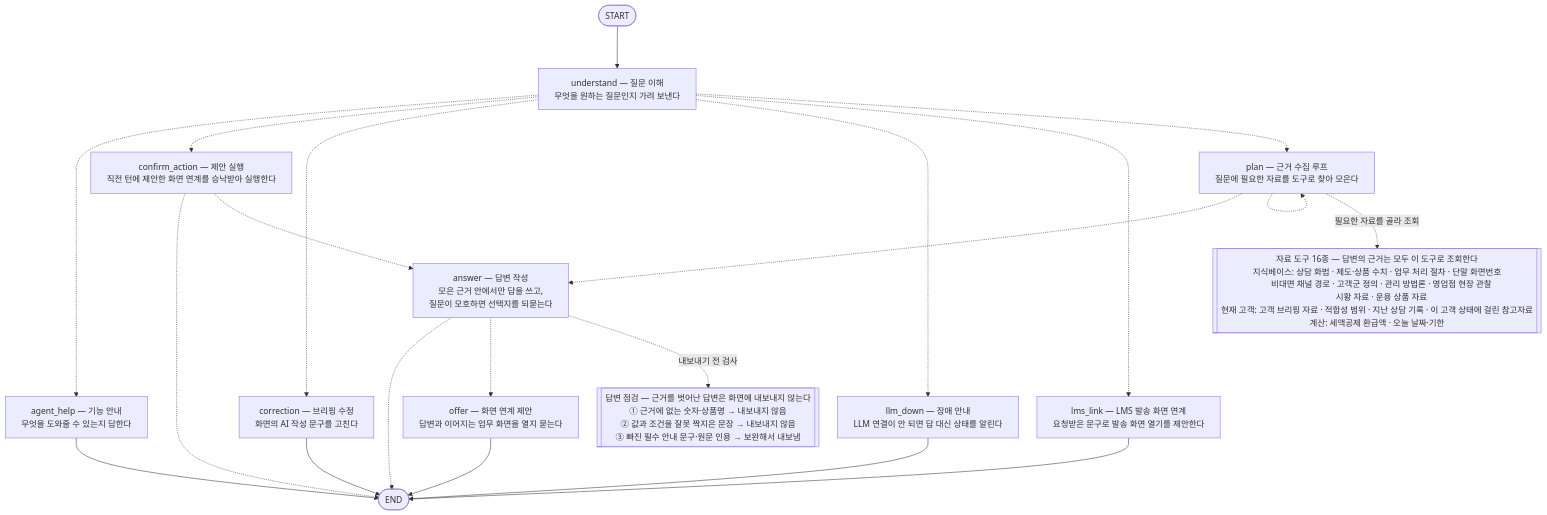
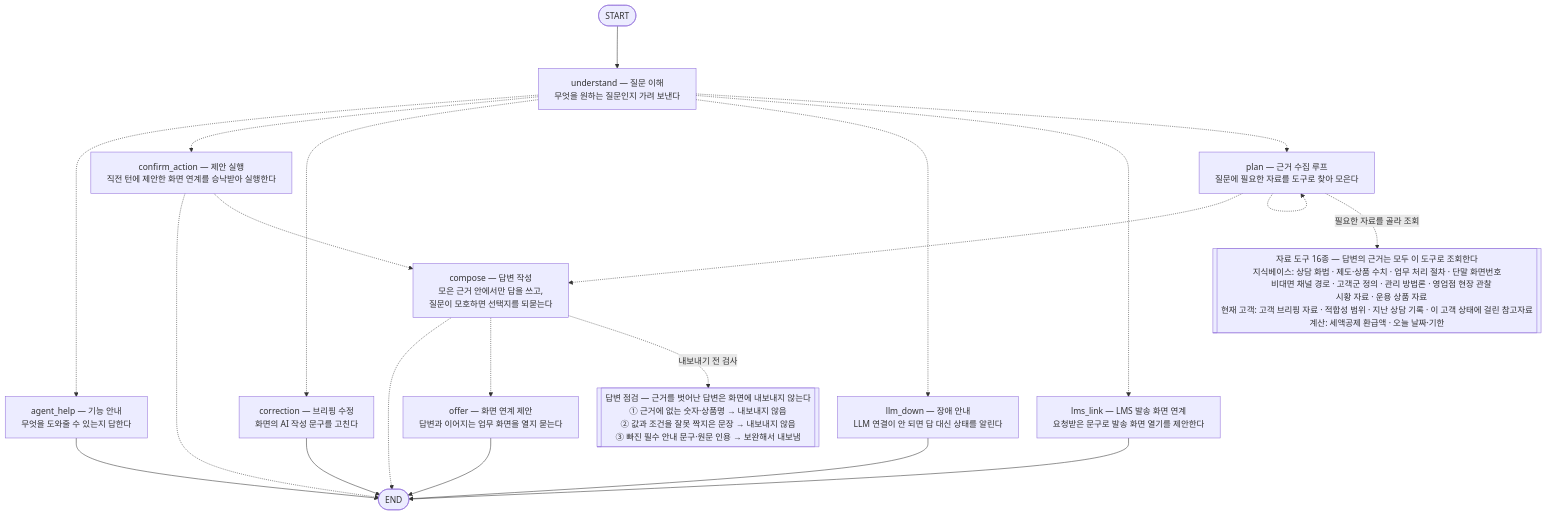
The diagram in src/pension_agent/consult_agent/README.md (09sunwoo-a/Pension_agent), drawn with Mermaid before and after one commit. The commit also changed 5 other files, not shown here.

First line of the commit message:
answer 노드 라벨 → compose (행내 구버전 langgraph 호환)

````diff
--- a/src/pension_agent/consult_agent/README.md
+++ b/src/pension_agent/consult_agent/README.md
@@ -170,37 +170,37 @@
 ```mermaid
 %%{init: {"flowchart": {"wrappingWidth": 800, "nodeSpacing": 35, "rankSpacing": 80}}}%%
 flowchart TD
     __start__([START])
     understand["understand — 질문 이해<br/>무엇을 원하는 질문인지 가려 보낸다"]
     agent_help["agent_help — 기능 안내<br/>무엇을 도와줄 수 있는지 답한다"]
     plan["plan — 근거 수집 루프<br/>질문에 필요한 자료를 도구로 찾아 모은다"]
-    answer["answer — 답변 작성<br/>모은 근거 안에서만 답을 쓰고,<br/>질문이 모호하면 선택지를 되묻는다"]
+    compose["compose — 답변 작성<br/>모은 근거 안에서만 답을 쓰고,<br/>질문이 모호하면 선택지를 되묻는다"]
     lms_link["lms_link — LMS 발송 화면 연계<br/>요청받은 문구로 발송 화면 열기를 제안한다"]
     correction["correction — 브리핑 수정<br/>화면의 AI 작성 문구를 고친다"]
     llm_down["llm_down — 장애 안내<br/>LLM 연결이 안 되면 답 대신 상태를 알린다"]
     confirm_action["confirm_action — 제안 실행<br/>직전 턴에 제안한 화면 연계를 승낙받아 실행한다"]
     offer["offer — 화면 연계 제안<br/>답변과 이어지는 업무 화면을 열지 묻는다"]
     __end__([END])
     __start__ --> understand
-    answer -.-> __end__
-    answer -.-> offer
+    compose -.-> __end__
+    compose -.-> offer
     confirm_action -.-> __end__
-    confirm_action -.-> answer
-    plan -.-> answer
+    confirm_action -.-> compose
+    plan -.-> compose
     plan -.-> plan
     understand -.-> agent_help
     understand -.-> confirm_action
     understand -.-> correction
     understand -.-> llm_down
     understand -.-> lms_link
     understand -.-> plan
     agent_help --> __end__
     correction --> __end__
     llm_down --> __end__
     lms_link --> __end__
     offer --> __end__
     tools[["자료 도구 16종 — 답변의 근거는 모두 이 도구로 조회한다<br/>지식베이스: 상담 화법 · 제도·상품 수치 · 업무 처리 절차 · 단말 화면번호<br/>&nbsp;&nbsp;&nbsp;&nbsp;비대면 채널 경로 · 고객군 정의 · 관리 방법론 · 영업점 현장 관찰<br/>&nbsp;&nbsp;&nbsp;&nbsp;시황 자료 · 운용 상품 자료<br/>현재 고객: 고객 브리핑 자료 · 적합성 범위 · 지난 상담 기록 · 이 고객 상태에 걸린 참고자료<br/>계산: 세액공제 환급액 · 오늘 날짜·기한"]]
     plan -. "필요한 자료를 골라 조회" .-> tools
     gates[["답변 점검 — 근거를 벗어난 답변은 화면에 내보내지 않는다<br/>① 근거에 없는 숫자·상품명 → 내보내지 않음<br/>② 값과 조건을 잘못 짝지은 문장 → 내보내지 않음<br/>③ 빠진 필수 안내 문구·원문 인용 → 보완해서 내보냄"]]
-    answer -. "내보내기 전 검사" .-> gates
+    compose -. "내보내기 전 검사" .-> gates
 ```
````
